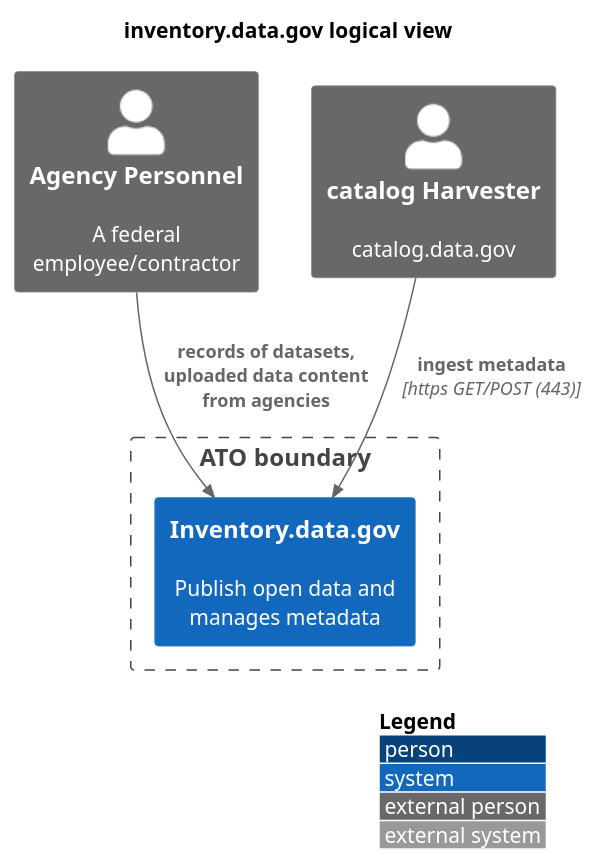
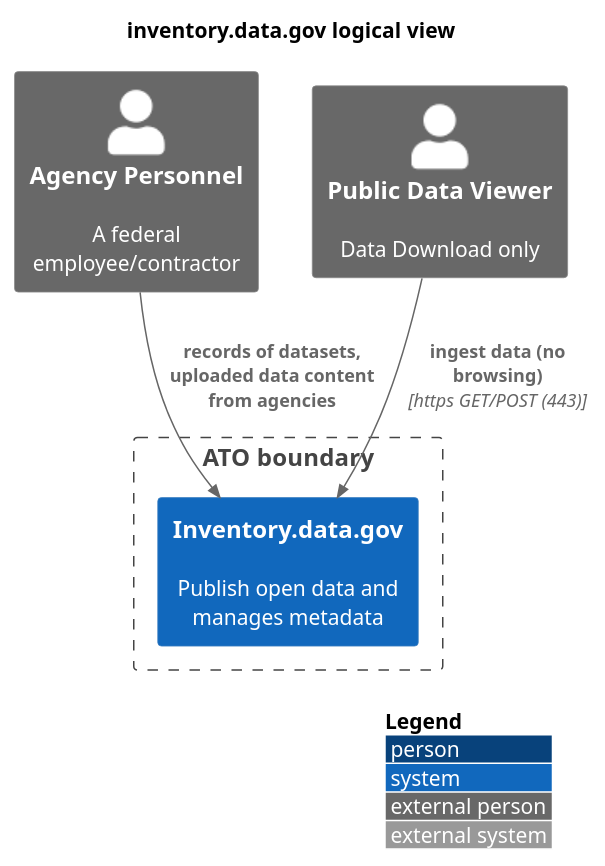
The diagram in apps/inventory.logical.md (GSA/datagov-compliance), drawn with PlantUML before and after one commit. The commit also changed 3 other files, not shown here.

````diff
--- a/apps/inventory.logical.md
+++ b/apps/inventory.logical.md
@@ -3,15 +3,15 @@
 ```plantuml
 @startuml
 !include https://raw.githubusercontent.com/plantuml-stdlib/C4-PlantUML/master/C4_Context.puml
 LAYOUT_WITH_LEGEND()
 title inventory.data.gov logical view
 Person_Ext(personnel, "Agency Personnel", "A federal employee/contractor")
-Person_Ext(harvester, "catalog Harvester", "catalog.data.gov")
+Person_Ext(public_user, "Public Data Viewer", "Data Download only")
 'note left of personnel : In java, every class\nextends this one.
 Boundary(atob, "ATO boundary") {
     System(inventory, "Inventory.data.gov", "Publish open data and manages metadata")
 }
 Rel(personnel, inventory, "records of datasets, uploaded data content from agencies")
-Rel(harvester, inventory, "ingest metadata", "https GET/POST (443)")
+Rel(public_user, inventory, "ingest data (no browsing)", "https GET/POST (443)")
 @enduml
 ```
````
